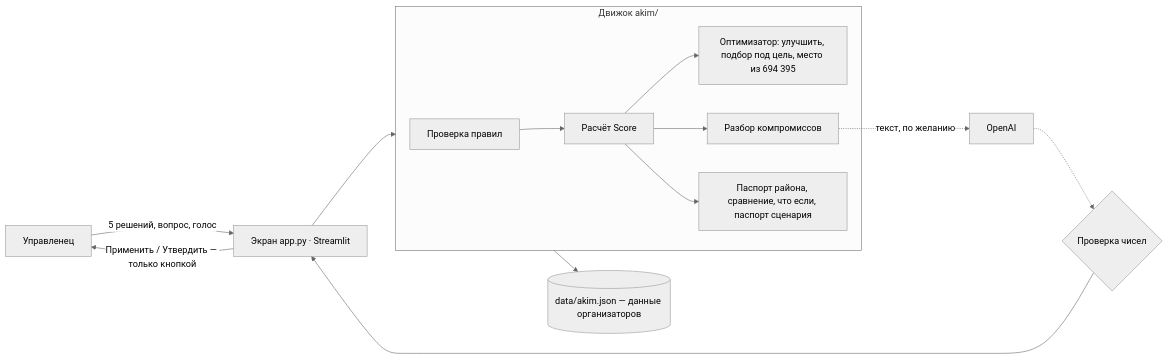
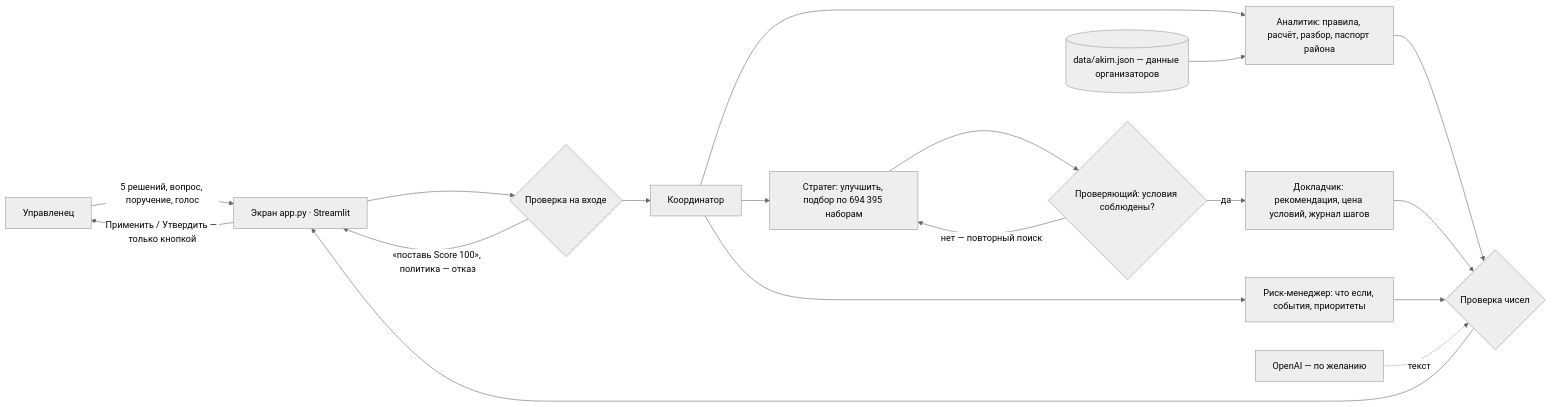
The diagram in README.md (BAITC-Hacks/hack-5c60a040-terricon), drawn with Mermaid (neutral theme) before and after one commit. The commit also changed other lines of this file, not shown here.

First line of the commit message:
docs(README): проверка одной командой, поручение агенту, события, схема агента, работа с ИИ

````diff
--- a/README.md
+++ b/README.md
@@ -65,16 +73,20 @@
 ```mermaid
 flowchart LR
-    U[Управленец] -->|5 решений, вопрос, голос| S[Экран app.py · Streamlit]
-    S --> E[Движок akim/]
-    subgraph E[Движок akim/]
-        V[Проверка правил] --> C[Расчёт Score]
-        C --> O[Оптимизатор: улучшить, подбор под цель, место из 694 395]
-        C --> X[Разбор компромиссов]
-        C --> T[Паспорт района, сравнение, что если, паспорт сценария]
-    end
-    E --> D[(data/akim.json — данные организаторов)]
-    X -.текст, по желанию.-> L[OpenAI]
-    L -.-> N{Проверка чисел}
+    U["Управленец"] -->|"5 решений, вопрос, поручение, голос"| S["Экран app.py · Streamlit"]
+    S --> G{"Проверка на входе"}
+    G -->|"«поставь Score 100», политика — отказ"| S
+    G --> K["Координатор"]
+    K --> A["Аналитик: правила, расчёт, разбор, паспорт района"]
+    K --> ST["Стратег: улучшить, подбор по 694 395 наборам"]
+    ST --> P{"Проверяющий: условия соблюдены?"}
+    P -->|"нет — повторный поиск"| ST
+    P -->|"да"| R["Докладчик: рекомендация, цена условий, журнал шагов"]
+    K --> RM["Риск-менеджер: что если, события, приоритеты"]
+    D[("data/akim.json — данные организаторов")] --> A
+    A --> N{"Проверка чисел"}
+    R --> N
+    RM --> N
+    L["OpenAI — по желанию"] -.->|"текст"| N
     N --> S
-    S -->|Применить / Утвердить — только кнопкой| U
+    S -->|"Применить / Утвердить — только кнопкой"| U
 ```
````
